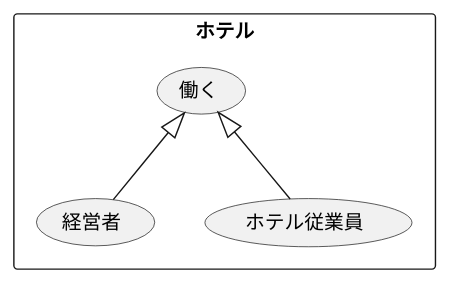
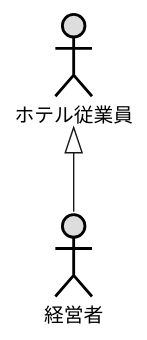
Before and after one commit to hatakeyama12/uml-intro: the diagram in 演習2-2_ホテル従業員.pu, drawn with PlantUML. The commit also changed 2 other files, not shown here.

```diff
--- a/演習2-2_ホテル従業員.pu
+++ b/演習2-2_ホテル従業員.pu
@@ -1,9 +1,5 @@
 @startuml 演習２－２
-rectangle ホテル {
-    usecase 働く
-    usecase 経営者
-    usecase ホテル従業員
-}
-働く <|--経営者
-働く <|--ホテル従業員
+actor ホテル従業員#DDDDDD;line:black;line.bold;
+actor 経営者#DDDDDD;line:black;line.bold;
+ホテル従業員 <|-- 経営者
 @enduml
```
